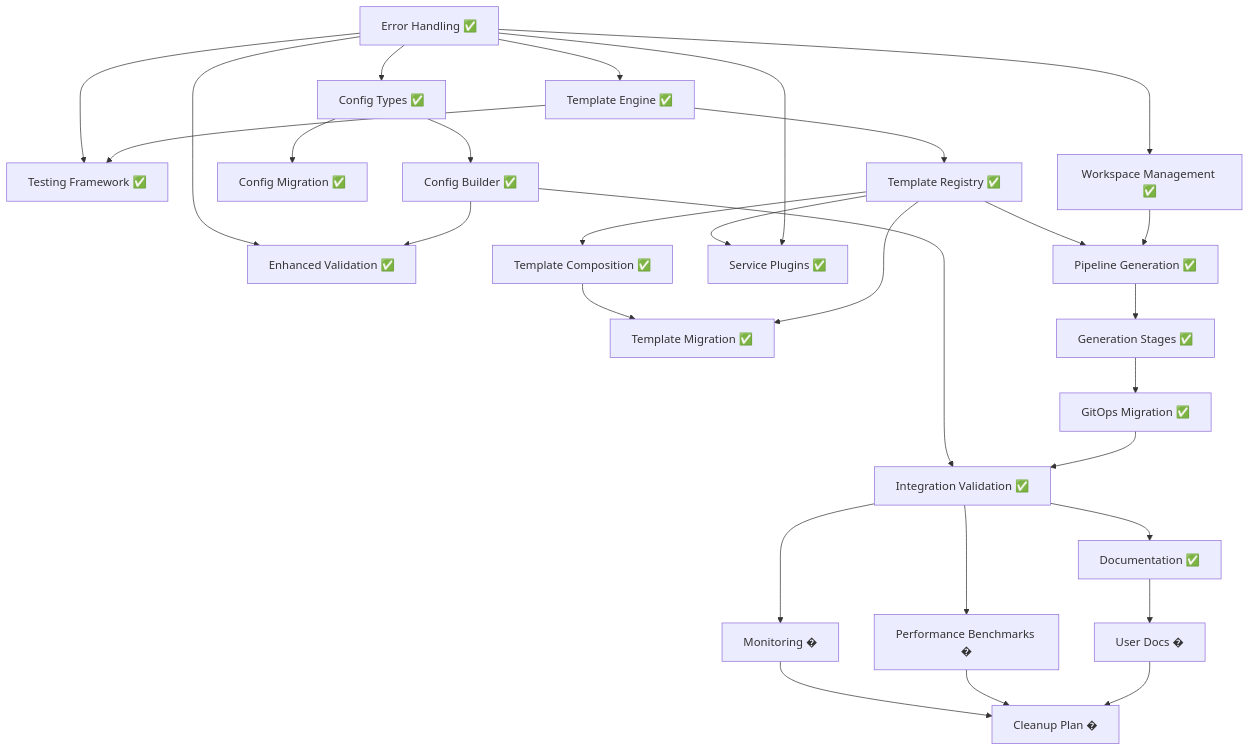
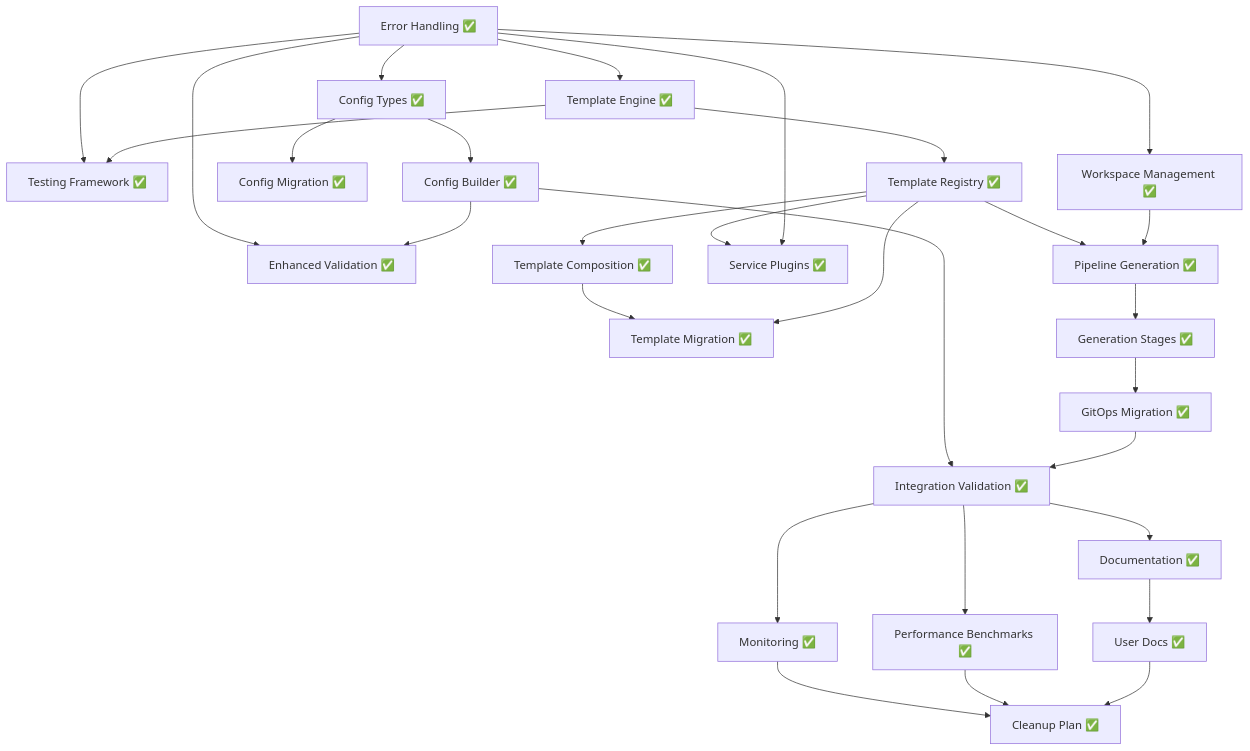
One commit to Sherlock2019/openCenter-cli-testDzoan changed the diagram in .kiro/specs/configuration-system-refactor/tasks.md. Above: the diagram before and after it, drawn with Mermaid. The commit also changed other lines of this file and 12 other files, not shown here.

````diff
--- a/.kiro/specs/configuration-system-refactor/tasks.md
+++ b/.kiro/specs/configuration-system-refactor/tasks.md
@@ -553,36 +579,36 @@
 ```mermaid
 graph TD
     T1.1[Error Handling ✅] --> T1.2[Template Engine ✅]
     T1.1 --> T2.1[Config Types ✅]
     T1.2 --> T1.3[Testing Framework ✅]
     T1.1 --> T1.3
     
     T2.1 --> T2.2[Config Builder ✅]
     T2.1 --> T2.3[Config Migration ✅]
     T2.2 --> T2.4[Enhanced Validation ✅]
     T1.1 --> T2.4
     
     T1.2 --> T3.1[Template Registry ✅]
     T3.1 --> T3.2[Template Composition ✅]
     T1.1 --> T3.3[Service Plugins ✅]
     T3.1 --> T3.3
     T3.1 --> T3.4[Template Migration ✅]
     T3.2 --> T3.4
     
     T1.1 --> T4.1[Workspace Management ✅]
     T4.1 --> T4.2[Pipeline Generation ✅]
     T3.1 --> T4.2
     T4.2 --> T4.3[Generation Stages ✅]
     T4.3 --> T4.4[GitOps Migration ✅]
     
     T4.4 --> T5.1[Integration Validation ✅]
     T2.2 --> T5.1
     T5.1 --> T5.2[Documentation ✅]
     
-    T5.2 --> T6.1[User Docs �]
-    T5.1 --> T6.2[Performance Benchmarks �]
-    T5.1 --> T6.3[Monitoring �]
-    T6.1 --> T6.4[Cleanup Plan �]
+    T5.2 --> T6.1[User Docs ✅]
+    T5.1 --> T6.2[Performance Benchmarks ✅]
+    T5.1 --> T6.3[Monitoring ✅]
+    T6.1 --> T6.4[Cleanup Plan ✅]
     T6.2 --> T6.4
     T6.3 --> T6.4
 ```
````
